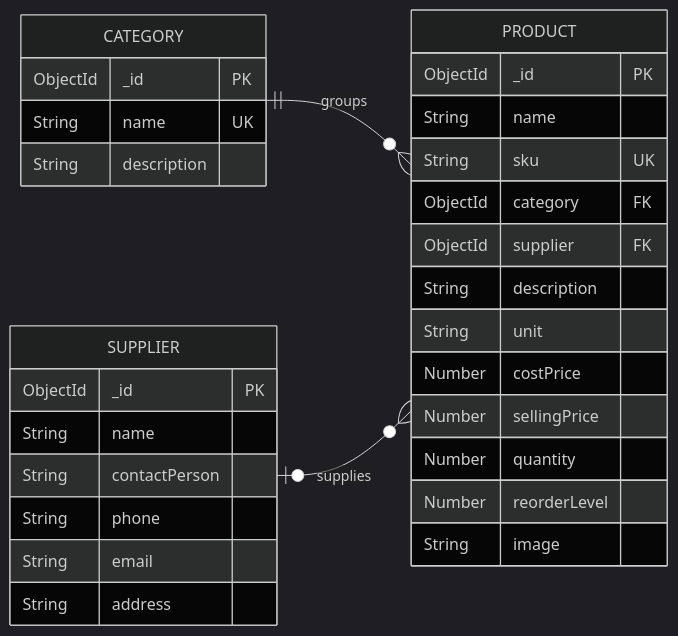
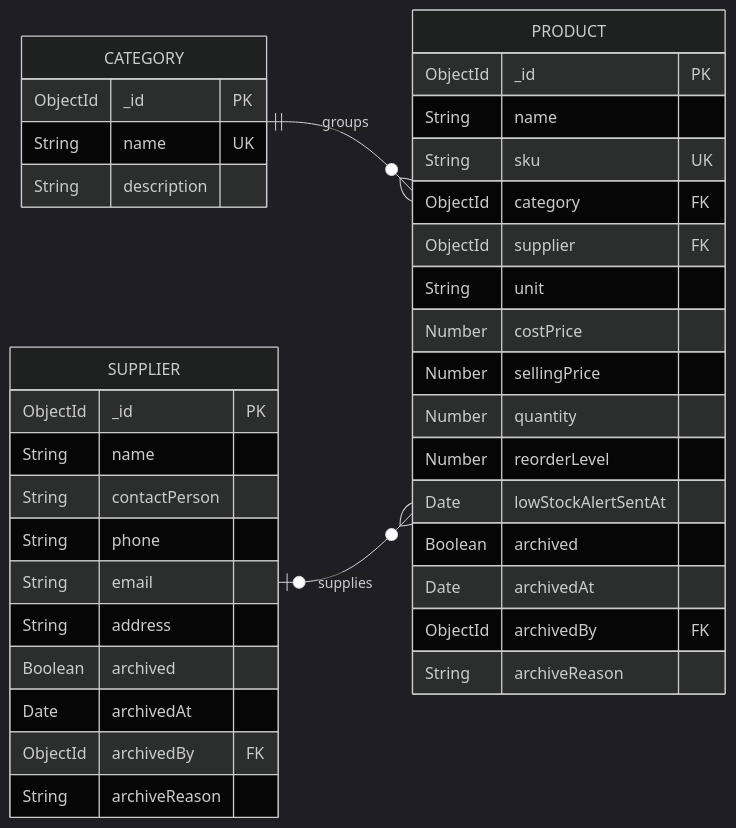
Before and after one commit to Ivan259483/stockwise: the diagram in docs/diagrams/erd-1-catalog.mmd, drawn with Mermaid (dark theme). The commit also changed 49 other files, not shown here.

Commit message:
docs: architecture with Gmail SMTP and purchase orders, ERDs with archive fields, PO diagrams, new screenshots

```diff
--- a/docs/diagrams/erd-1-catalog.mmd
+++ b/docs/diagrams/erd-1-catalog.mmd
@@ -1,32 +1,39 @@
 erDiagram
     direction LR
     CATEGORY ||--o{ PRODUCT : "groups"
     SUPPLIER |o--o{ PRODUCT : "supplies"
 
     CATEGORY {
         ObjectId _id PK
         String name UK
         String description
     }
     SUPPLIER {
         ObjectId _id PK
         String name
         String contactPerson
         String phone
         String email
         String address
+        Boolean archived
+        Date archivedAt
+        ObjectId archivedBy FK
+        String archiveReason
     }
     PRODUCT {
         ObjectId _id PK
         String name
         String sku UK
         ObjectId category FK
         ObjectId supplier FK
-        String description
         String unit
         Number costPrice
         Number sellingPrice
         Number quantity
         Number reorderLevel
-        String image
+        Date lowStockAlertSentAt
+        Boolean archived
+        Date archivedAt
+        ObjectId archivedBy FK
+        String archiveReason
     }
```
